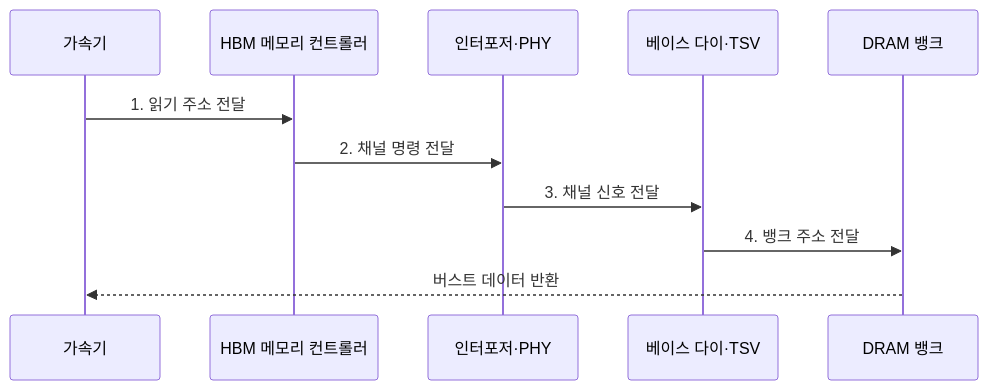
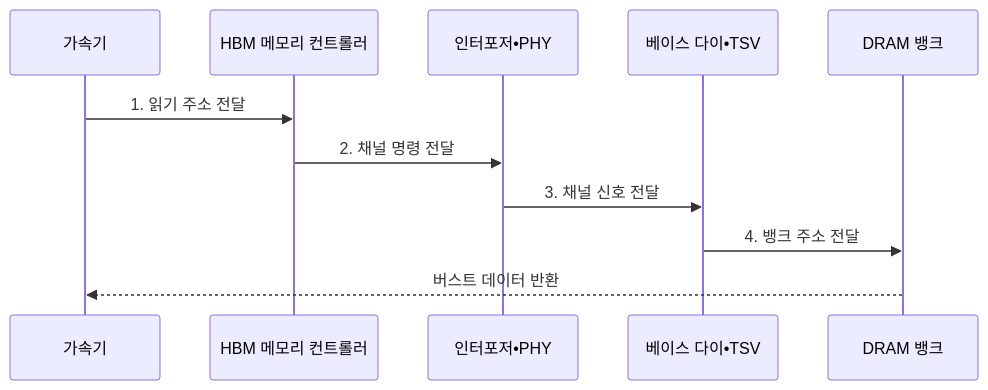
One commit to agnusdei1207/knowledge-base changed the second of 2 diagrams in src/content/docs/notes/02-hardware/025_hbm.md. Above: the diagram before and after it, drawn with Mermaid. The commit also changed other lines of this file and 953 other files, not shown here.

````diff
--- a/src/content/docs/notes/02-hardware/025_hbm.md
+++ b/src/content/docs/notes/02-hardware/025_hbm.md
@@ -103,14 +103,14 @@
 ```mermaid
 sequenceDiagram
     participant A as 가속기
     participant C as HBM 메모리 컨트롤러
-    participant I as 인터포저·PHY
-    participant V as 베이스 다이·TSV
+    participant I as 인터포저•PHY
+    participant V as 베이스 다이•TSV
     participant D as DRAM 뱅크
 
     A->>C: 1. 읽기 주소 전달
     C->>I: 2. 채널 명령 전달
     I->>V: 3. 채널 신호 전달
     V->>D: 4. 뱅크 주소 전달
     D-->>A: 버스트 데이터 반환
 ```
````
